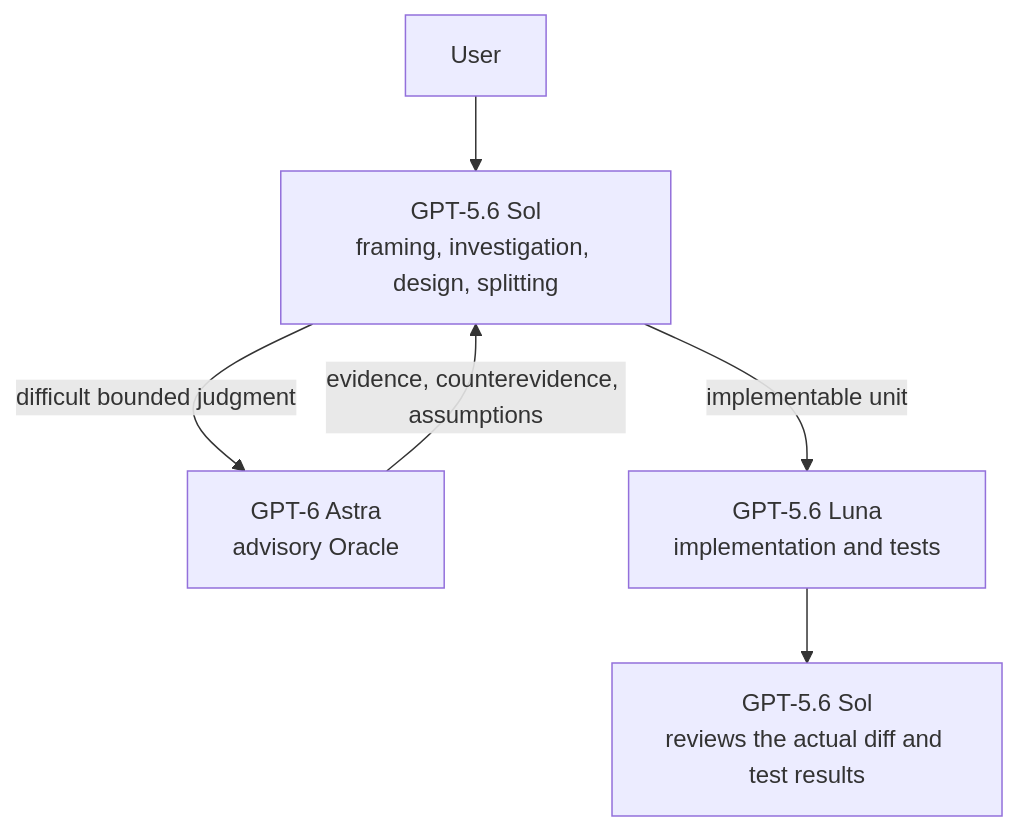
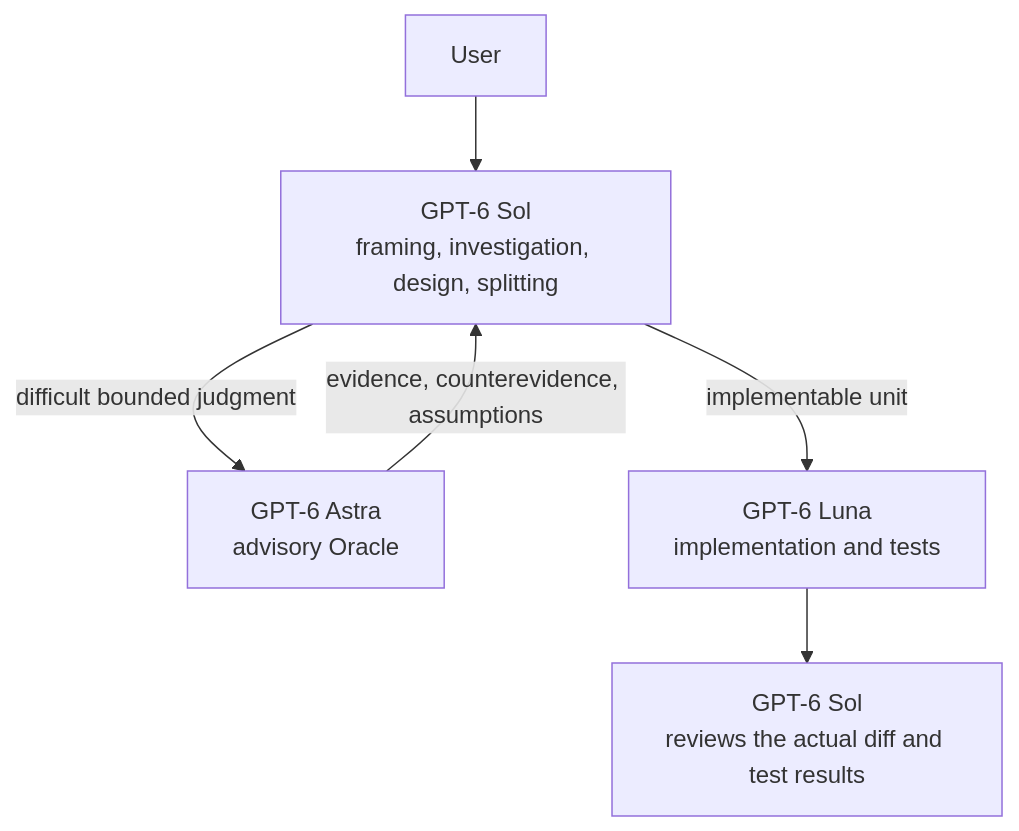
The first of 3 diagrams in README_en.md (whitedoll99/codex-exosphere), drawn with Mermaid before and after one commit. The commit also changed other lines of this file and 7 other files, not shown here.

Commit message:
feat: route Sol and Luna through GPT-6

````diff
--- a/README_en.md
+++ b/README_en.md
@@ -21,8 +21,8 @@
 ```mermaid
 flowchart TD
-    U["User"] --> S1["GPT-5.6 Sol<br/>framing, investigation, design, splitting"]
+    U["User"] --> S1["GPT-6 Sol<br/>framing, investigation, design, splitting"]
     S1 -->|"difficult bounded judgment"| A["GPT-6 Astra<br/>advisory Oracle"]
     A -->|"evidence, counterevidence, assumptions"| S1
-    S1 -->|"implementable unit"| L["GPT-5.6 Luna<br/>implementation and tests"]
-    L --> S2["GPT-5.6 Sol<br/>reviews the actual diff and test results"]
+    S1 -->|"implementable unit"| L["GPT-6 Luna<br/>implementation and tests"]
+    L --> S2["GPT-6 Sol<br/>reviews the actual diff and test results"]
 ```
````
